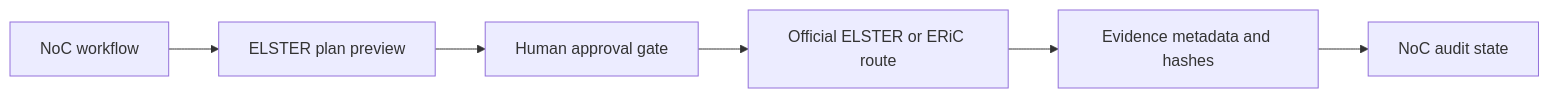
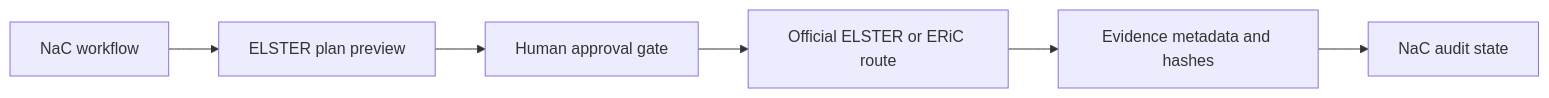
Before and after one commit to notariat8/NaC: the diagram in docs/en/plugin-plans/elster-developer-plugin-integration.md, drawn with Mermaid. The commit also changed other lines of this file and 333 other files, not shown here.

````diff
--- a/docs/en/plugin-plans/elster-developer-plugin-integration.md
+++ b/docs/en/plugin-plans/elster-developer-plugin-integration.md
@@ -38,8 +38,8 @@
 ```mermaid
 flowchart LR
-    NoC[NoC workflow] --> Plan[ELSTER plan preview]
+    NaC[NaC workflow] --> Plan[ELSTER plan preview]
     Plan --> Approval[Human approval gate]
     Approval --> Official[Official ELSTER or ERiC route]
     Official --> Evidence[Evidence metadata and hashes]
-    Evidence --> Git[NoC audit state]
+    Evidence --> Git[NaC audit state]
 ```
````
